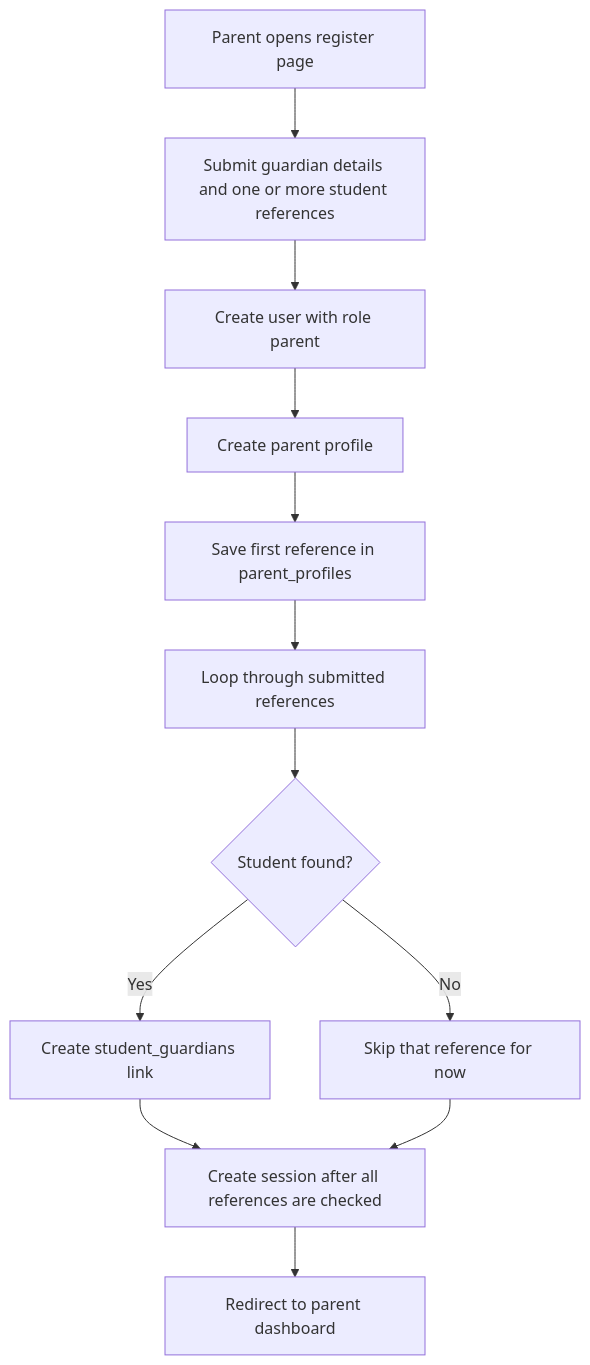
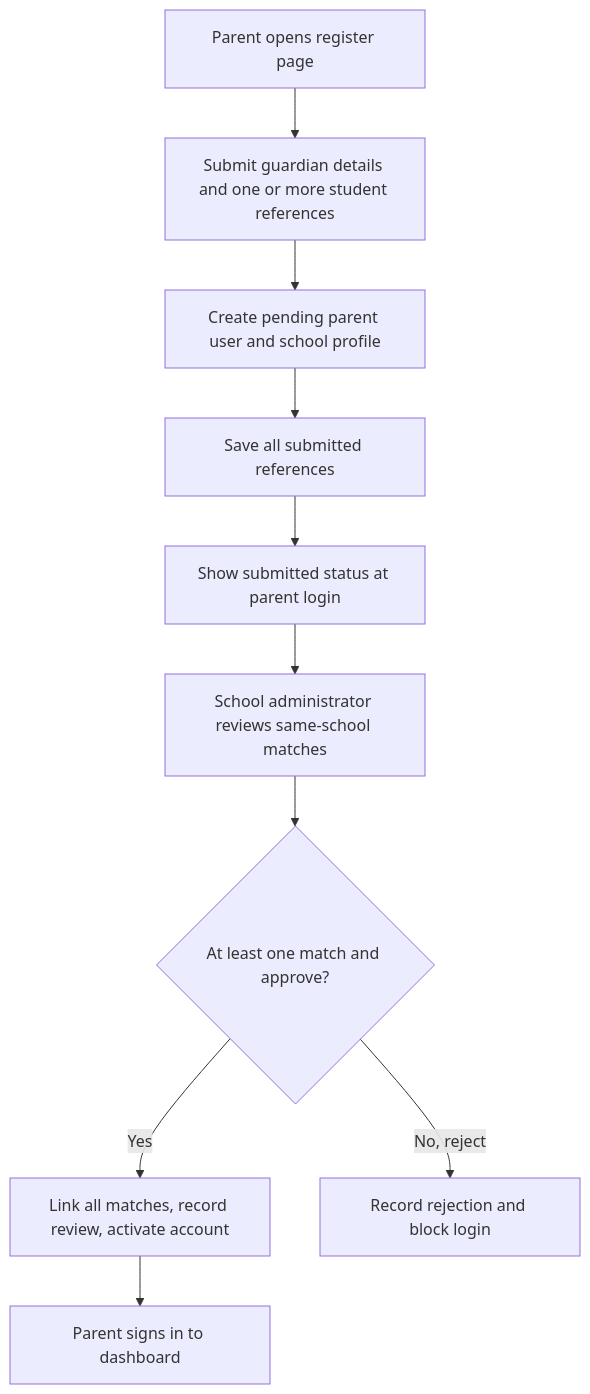
The fifth of 7 diagrams in docs/DATABASE_SCHEMA_PLAN.md (Xeyn19/xmetapay), drawn with Mermaid before and after one commit. The commit also changed other lines of this file and 29 other files, not shown here.

Commit message:
feat(parent): require school approval for parent registration

````diff
--- a/docs/DATABASE_SCHEMA_PLAN.md
+++ b/docs/DATABASE_SCHEMA_PLAN.md
@@ -866,14 +876,12 @@
 ```mermaid
 flowchart TD
   A["Parent opens register page"] --> B["Submit guardian details and one or more student references"]
-  B --> C["Create user with role parent"]
-  C --> D["Create parent profile"]
-  D --> E["Save first reference in parent_profiles"]
-  E --> F["Loop through submitted references"]
-  F --> G{"Student found?"}
-  G -->|Yes| H["Create student_guardians link"]
-  G -->|No| I["Skip that reference for now"]
-  H --> J["Create session after all references are checked"]
-  I --> J
-  J --> K["Redirect to parent dashboard"]
+  B --> C["Create pending parent user and school profile"]
+  C --> D["Save all submitted references"]
+  D --> E["Show submitted status at parent login"]
+  E --> F["School administrator reviews same-school matches"]
+  F --> G{"At least one match and approve?"}
+  G -->|Yes| H["Link all matches, record review, activate account"]
+  G -->|No, reject| I["Record rejection and block login"]
+  H --> J["Parent signs in to dashboard"]
 ```
````
